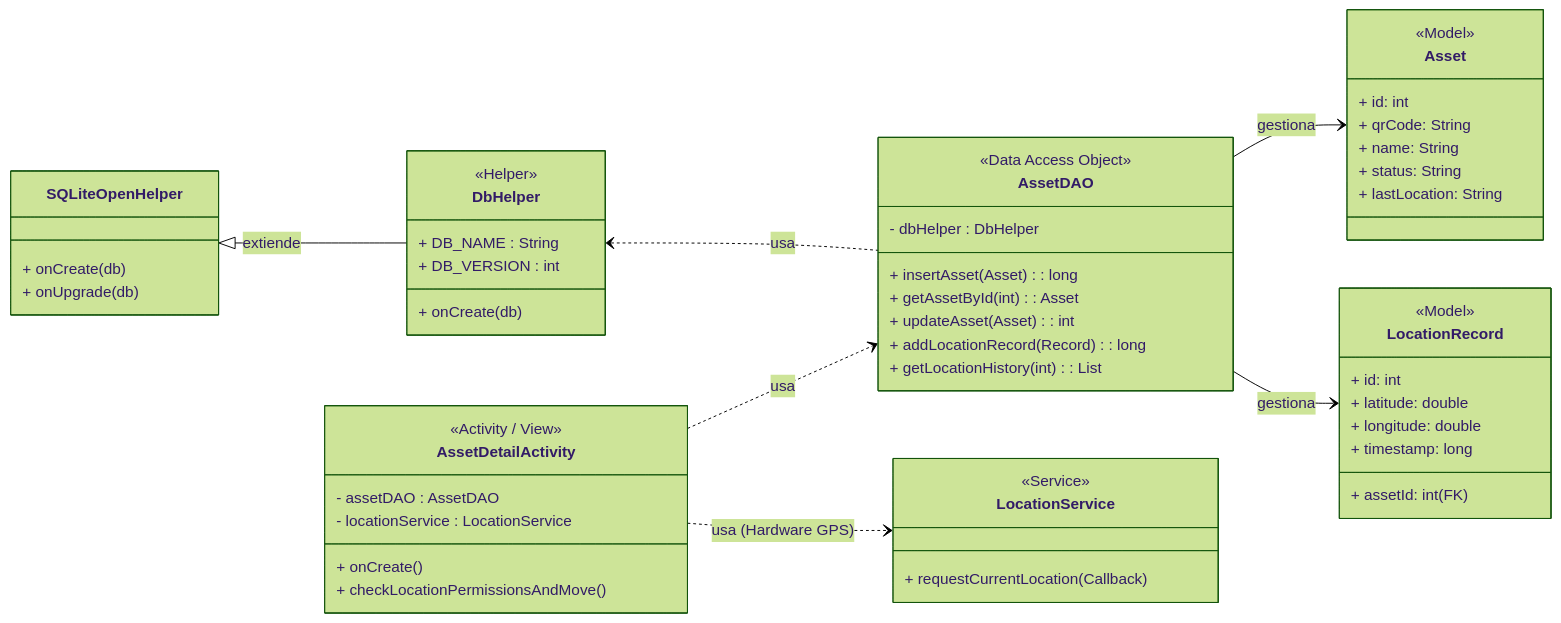
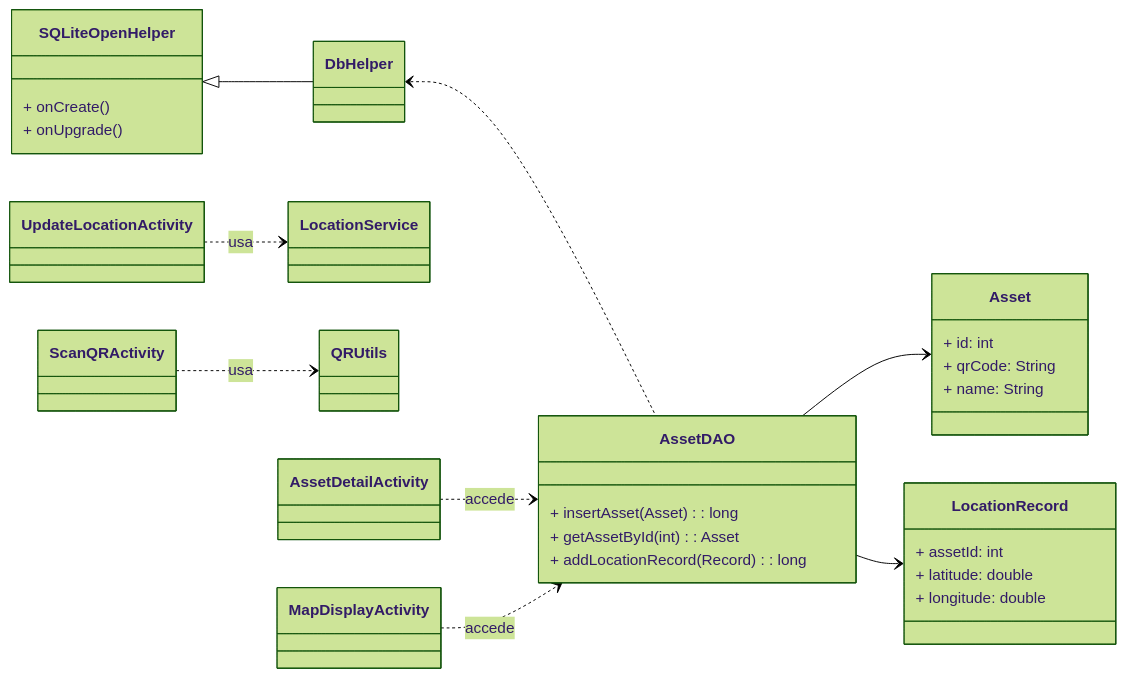
The first of 2 diagrams in README.md (BenjaminPizarro/AppdeGestiondeQR), drawn with Mermaid (forest theme) before and after one commit. The commit also changed other lines of this file, not shown here.

````diff
--- a/README.md
+++ b/README.md
@@ -24,63 +70,34 @@
 ```mermaid
 classDiagram
     direction LR
-    
     class SQLiteOpenHelper {
-        + onCreate(db)
-        + onUpgrade(db)
+        + onCreate()
+        + onUpgrade()
     }
-    class DbHelper {
-        <<Helper>>
-        + DB_NAME : String
-        + DB_VERSION : int
-        + onCreate(db)
-    }
-    
+    class DbHelper
     class AssetDAO {
-        <<Data Access Object>>
-        - dbHelper : DbHelper
         + insertAsset(Asset): long
         + getAssetById(int): Asset
-        + updateAsset(Asset): int
         + addLocationRecord(Record): long
-        + getLocationHistory(int): List<Record>
     }
-    
     class Asset {
-        <<Model>>
         + id: int
         + qrCode: String
         + name: String
-        + status: String
-        + lastLocation: String
     }
-    
     class LocationRecord {
-        <<Model>>
-        + id: int
-        + assetId: int (FK)
+        + assetId: int
         + latitude: double
         + longitude: double
-        + timestamp: long
     }
+
+    SQLiteOpenHelper <|-- DbHelper
+    DbHelper <.. AssetDAO
+    AssetDAO --> Asset
+    AssetDAO --> LocationRecord
     
-    class LocationService {
-        <<Service>>
-        + requestCurrentLocation(Callback)
-    }
-    
-    class AssetDetailActivity {
-        <<Activity / View>>
-        - assetDAO : AssetDAO
-        - locationService : LocationService
-        + onCreate()
-        + checkLocationPermissionsAndMove()
-    }
-    
-    SQLiteOpenHelper <|-- DbHelper : extiende
-    DbHelper <.. AssetDAO : usa
-    AssetDAO --> Asset : gestiona
-    AssetDAO --> LocationRecord : gestiona
-    AssetDetailActivity ..> AssetDAO : usa
-    AssetDetailActivity ..> LocationService : usa (Hardware GPS)
+    UpdateLocationActivity ..> LocationService : usa
+    ScanQRActivity ..> QRUtils : usa
+    AssetDetailActivity ..> AssetDAO : accede
+    MapDisplayActivity ..> AssetDAO : accede
 ```
````
